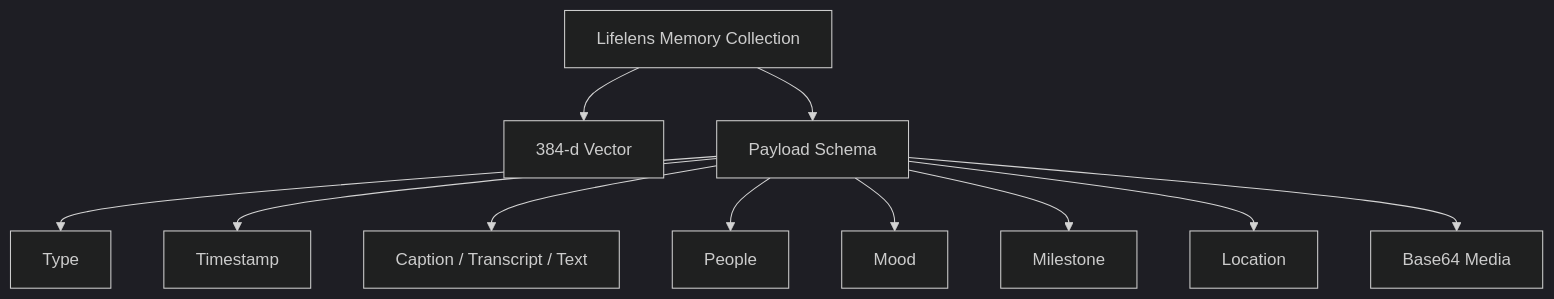
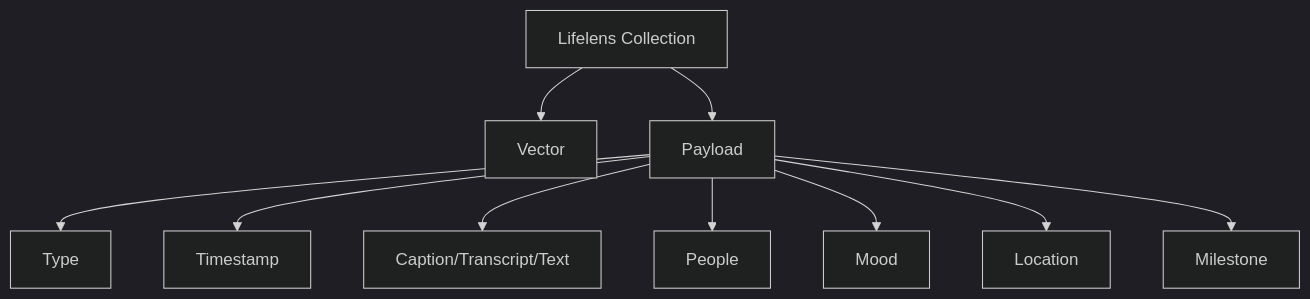
Before and after one commit to deepdas2607/LifeLens: the fourth of 4 diagrams in README.md, drawn with Mermaid (dark theme). The commit also changed other lines of this file, not shown here.

````diff
--- a/README.md
+++ b/README.md
@@ -182,16 +213,12 @@
 ```mermaid
 flowchart TD
-
-COL[Lifelens Memory Collection] --> V[384-d Vector]
-
-COL --> P[Payload Schema]
-
-P --> T1[Type]
-P --> TS[Timestamp]
-P --> CAP[Caption / Transcript / Text]
-P --> PPL[People]
-P --> MD[Mood]
-P --> MS[Milestone]
-P --> LOC[Location]
-P --> B64[Base64 Media]
+COL[Lifelens Collection] --> V[Vector]
+COL --> PAY[Payload]
+PAY --> T[Type]
+PAY --> TS[Timestamp]
+PAY --> CAP[Caption/Transcript/Text]
+PAY --> PPL[People]
+PAY --> MD[Mood]
+PAY --> LOC[Location]
+PAY --> MS[Milestone]
 ```
````
